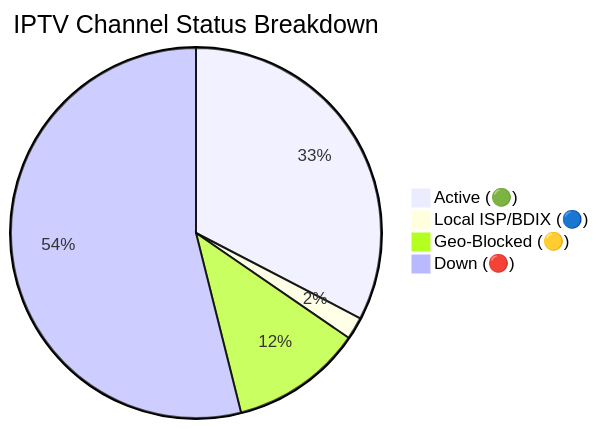
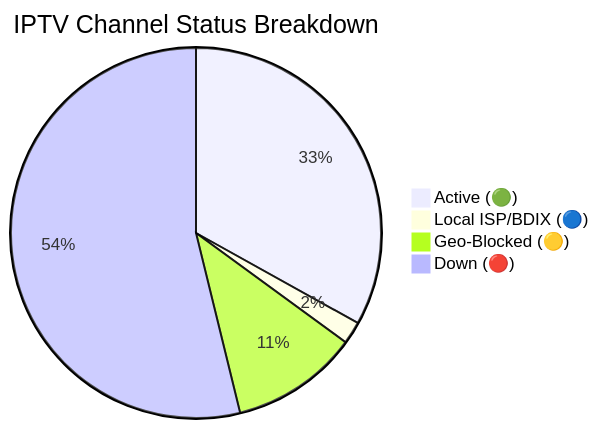
The diagram in README.md (andreataylord/Ip-tv-Collection), drawn with Mermaid before and after one commit. The commit also changed other lines of this file and 2 other files, not shown here.

````diff
--- a/README.md
+++ b/README.md
@@ -59,7 +59,7 @@
 ```mermaid
 pie title IPTV Channel Status Breakdown
-    "Active (🟢)" : 2141
+    "Active (🟢)" : 2158
     "Local ISP/BDIX (🔵)" : 128
-    "Geo-Blocked (🟡)" : 755
-    "Down (🔴)" : 3538
+    "Geo-Blocked (🟡)" : 726
+    "Down (🔴)" : 3512
 ```
````
